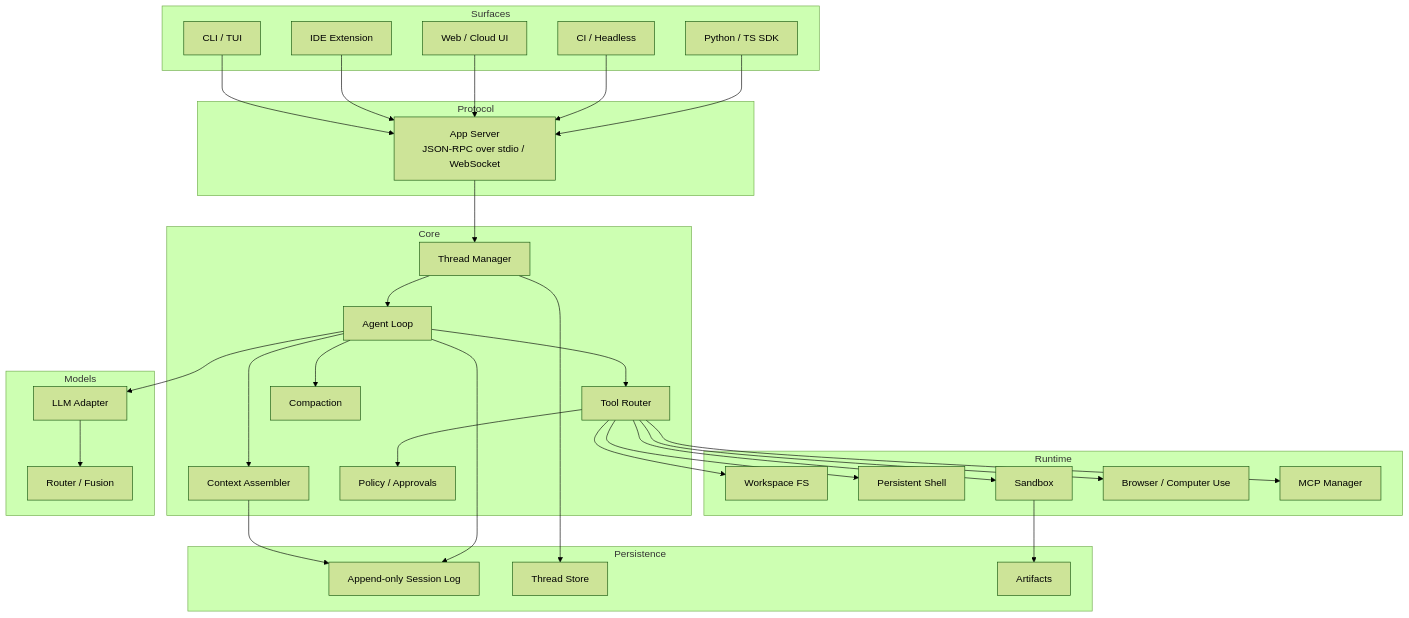
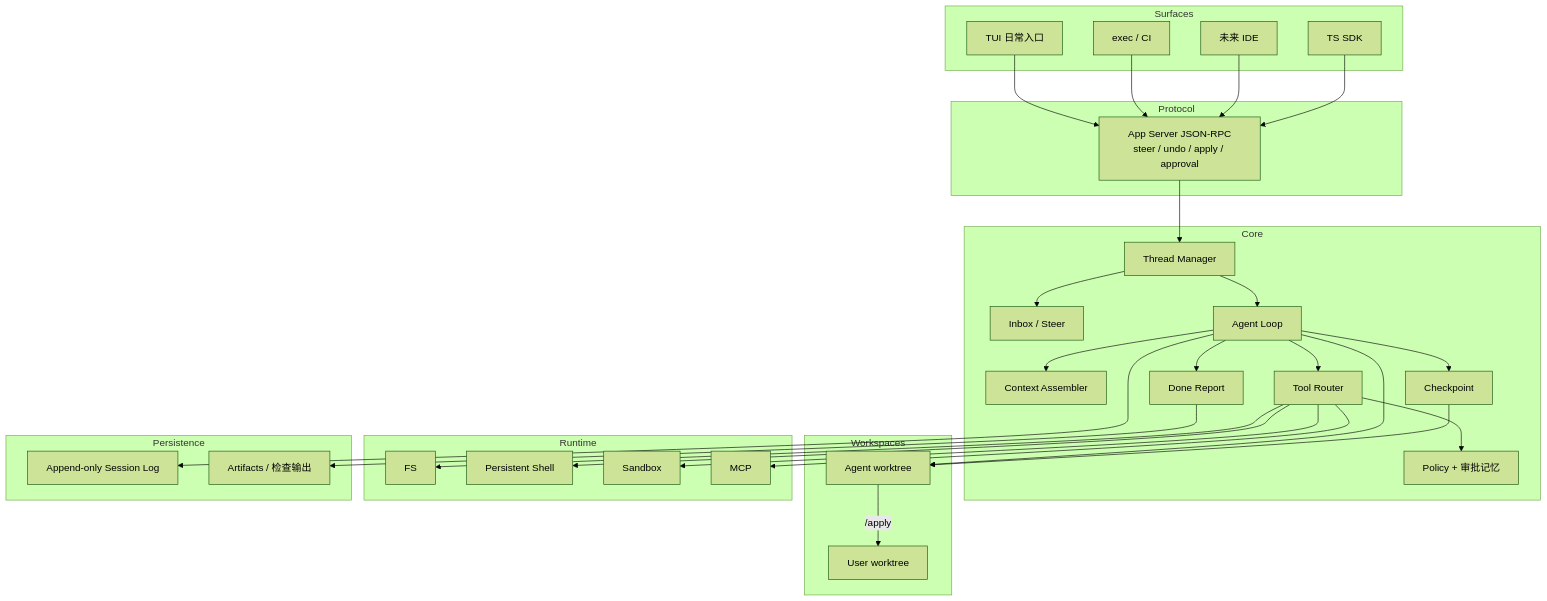
The diagram in docs/architecture.md (mengzhihua/harness), drawn with Mermaid (forest theme) before and after one commit. The commit also changed other lines of this file and 2 other files, not shown here.

````diff
--- a/docs/architecture.md
+++ b/docs/architecture.md
@@ -7,66 +7,63 @@
 ```mermaid
 flowchart TB
   subgraph surfaces [Surfaces]
-    CLI[CLI / TUI]
-    IDE[IDE Extension]
-    WEB[Web / Cloud UI]
-    CI[CI / Headless]
-    SDK[Python / TS SDK]
+    TUI[TUI 日常入口]
+    EXEC[exec / CI]
+    IDE[未来 IDE]
+    SDK[TS SDK]
   end
 
   subgraph protocol [Protocol]
-    APPSVR["App Server\nJSON-RPC over stdio / WebSocket"]
+    APPSVR["App Server JSON-RPC\nsteer / undo / apply / approval"]
   end
 
   subgraph core [Core]
     THREAD[Thread Manager]
+    INBOX[Inbox / Steer]
     LOOP[Agent Loop]
     CTX[Context Assembler]
     TOOLS[Tool Router]
-    COMPACT[Compaction]
-    POLICY[Policy / Approvals]
+    POLICY[Policy + 审批记忆]
+    CP[Checkpoint]
+    DONE[Done Report]
+  end
+
+  subgraph ws [Workspaces]
+    USER[User worktree]
+    AGENT[Agent worktree]
   end
 
   subgraph runtime [Runtime]
-    FS[Workspace FS]
+    FS[FS]
     SHELL[Persistent Shell]
     SANDBOX[Sandbox]
-    BROWSER[Browser / Computer Use]
-    MCP[MCP Manager]
+    MCP[MCP]
   end
 
   subgraph persist [Persistence]
     LOG[Append-only Session Log]
-    STORE[Thread Store]
-    ART[Artifacts]
+    ART[Artifacts / 检查输出]
   end
 
-  subgraph models [Models]
-    ADAPTER[LLM Adapter]
-    ROUTE[Router / Fusion]
-  end
-
-  CLI --> APPSVR
+  TUI --> APPSVR
+  EXEC --> APPSVR
   IDE --> APPSVR
-  WEB --> APPSVR
-  CI --> APPSVR
   SDK --> APPSVR
-
   APPSVR --> THREAD
+  THREAD --> INBOX
   THREAD --> LOOP
   LOOP --> CTX
   LOOP --> TOOLS
-  LOOP --> COMPACT
-  LOOP --> ADAPTER
-  CTX --> LOG
+  LOOP --> CP
+  LOOP --> DONE
   TOOLS --> POLICY
+  LOOP --> AGENT
+  CP --> AGENT
+  AGENT -->|"/apply"| USER
   TOOLS --> FS
   TOOLS --> SHELL
   TOOLS --> SANDBOX
-  TOOLS --> BROWSER
   TOOLS --> MCP
-  ADAPTER --> ROUTE
   LOOP --> LOG
-  THREAD --> STORE
-  SANDBOX --> ART
+  DONE --> ART
 ```
````
